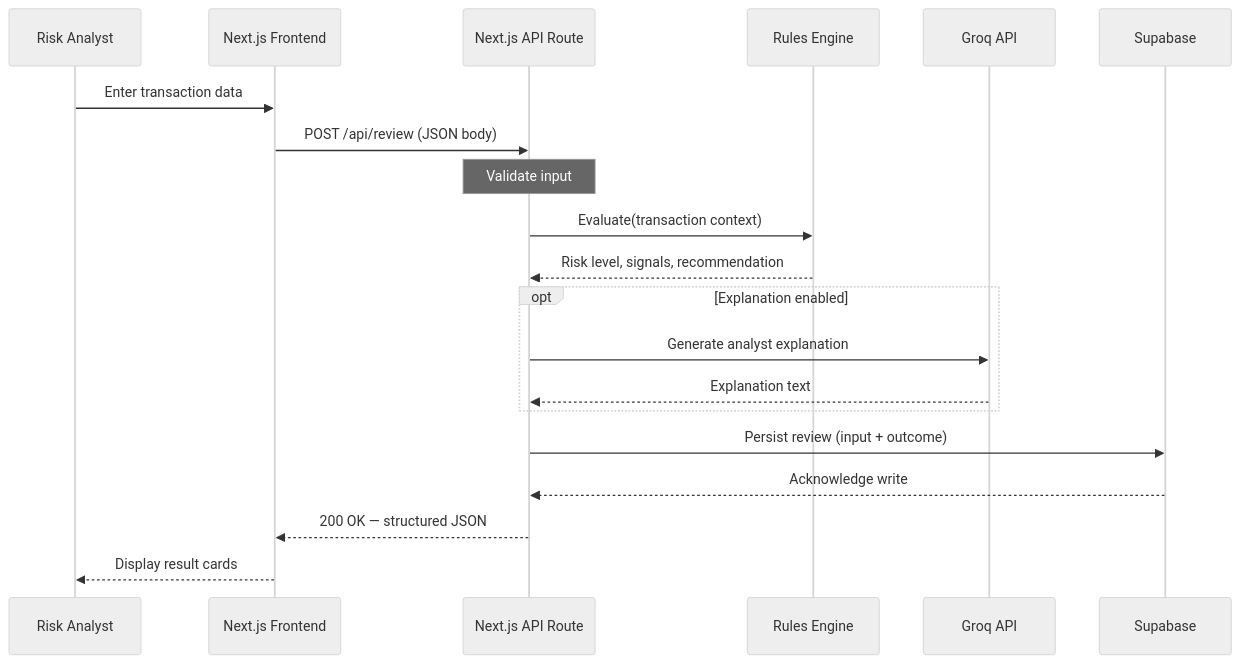
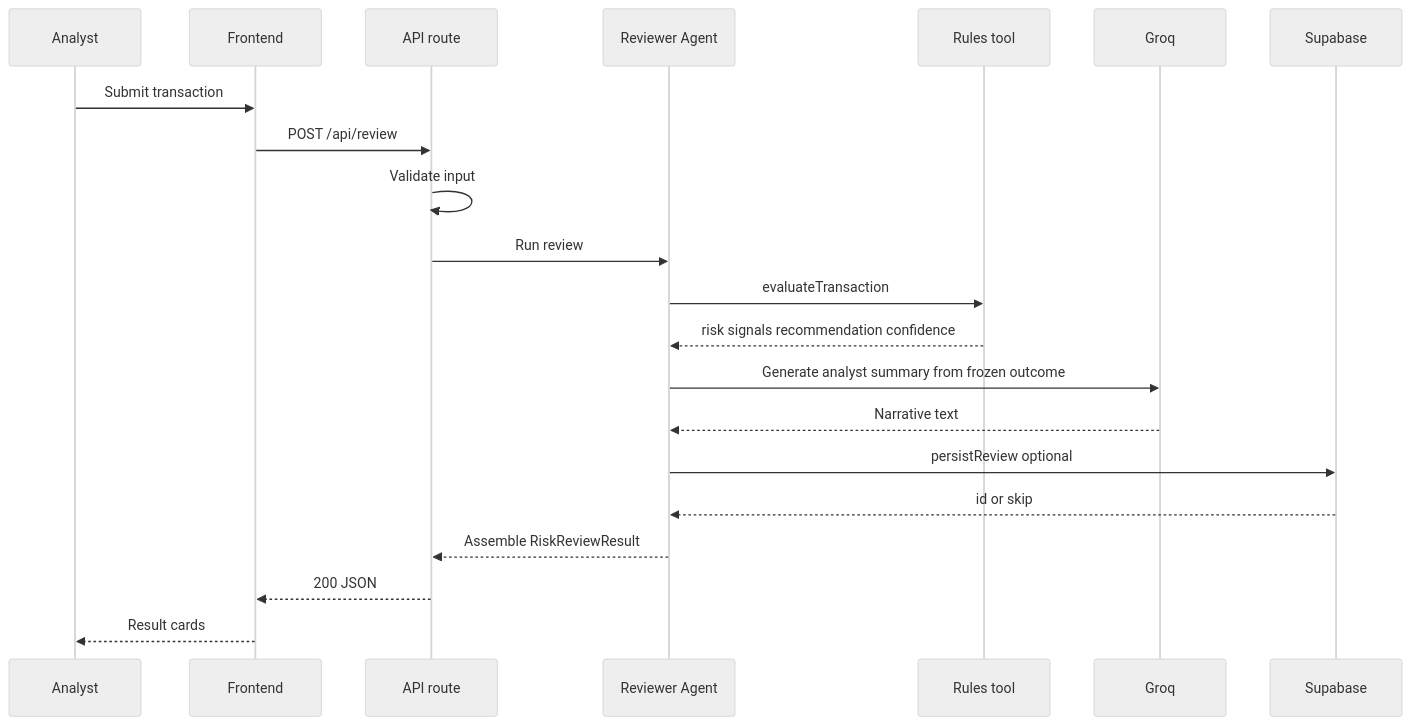
One commit to Volodymyr199606/payment-risk-reviewer changed the third of 6 diagrams in README.md. Above: the diagram before and after it, drawn with Mermaid (neutral theme). The commit also changed other lines of this file and 4 other files, not shown here.

First line of the commit message:
Add Reviewer Agent orchestration, docs, and README architecture

````diff
--- a/README.md
+++ b/README.md
@@ -62,23 +81,24 @@
 ```mermaid
 sequenceDiagram
-    participant RA as Risk Analyst
-    participant FE as Next.js Frontend
-    participant AR as Next.js API Route
-    participant RE as Rules Engine
-    participant GQ as Groq API
+    participant U as Analyst
+    participant FE as Frontend
+    participant API as API route
+    participant A as Reviewer Agent
+    participant R as Rules tool
+    participant G as Groq
     participant SB as Supabase
 
-    RA->>FE: Enter transaction data
-    FE->>AR: POST /api/review (JSON body)
-    Note over AR: Validate input
-    AR->>RE: Evaluate(transaction context)
-    RE-->>AR: Risk level, signals, recommendation
-    opt Explanation enabled
-        AR->>GQ: Generate analyst explanation
-        GQ-->>AR: Explanation text
-    end
-    AR->>SB: Persist review (input + outcome)
-    SB-->>AR: Acknowledge write
-    AR-->>FE: 200 OK — structured JSON
-    FE-->>RA: Display result cards
+    U->>FE: Submit transaction
+    FE->>API: POST /api/review
+    API->>API: Validate input
+    API->>A: Run review
+    A->>R: evaluateTransaction
+    R-->>A: risk signals recommendation confidence
+    A->>G: Generate analyst summary from frozen outcome
+    G-->>A: Narrative text
+    A->>SB: persistReview optional
+    SB-->>A: id or skip
+    A-->>API: Assemble RiskReviewResult
+    API-->>FE: 200 JSON
+    FE-->>U: Result cards
 ```
````
